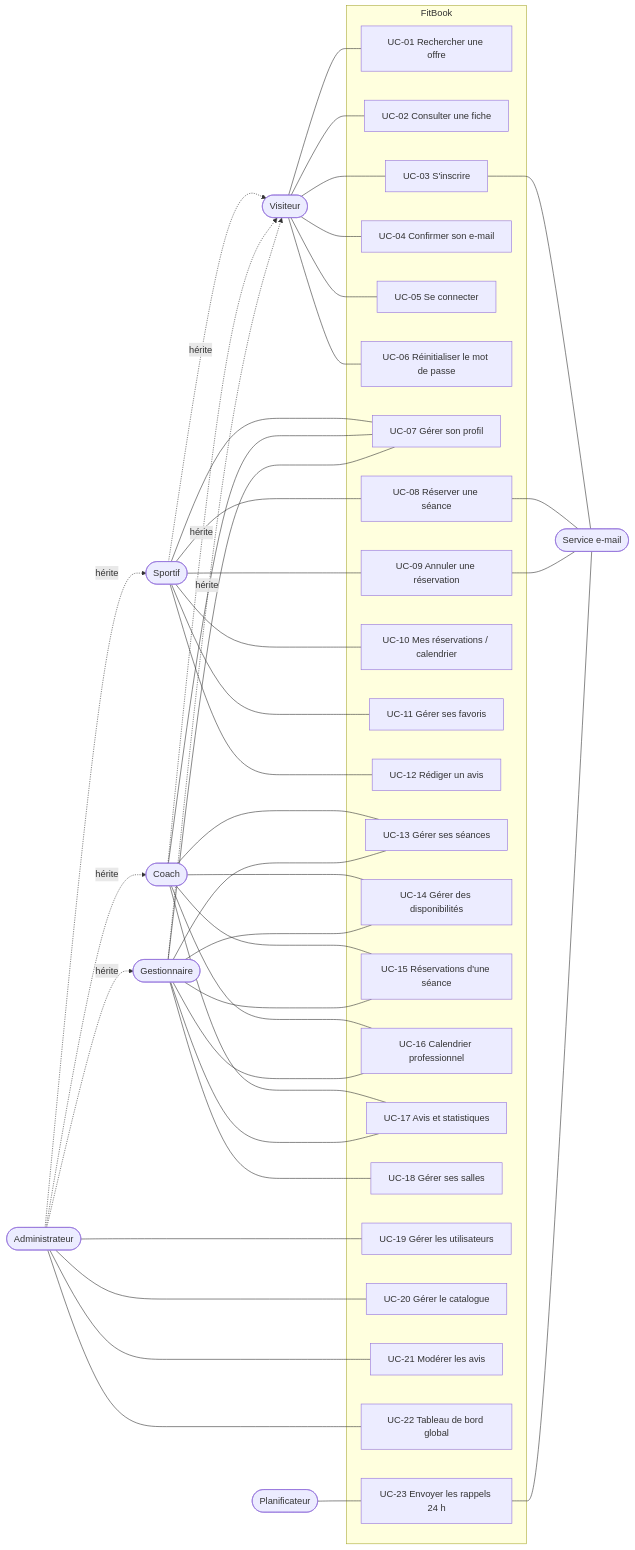
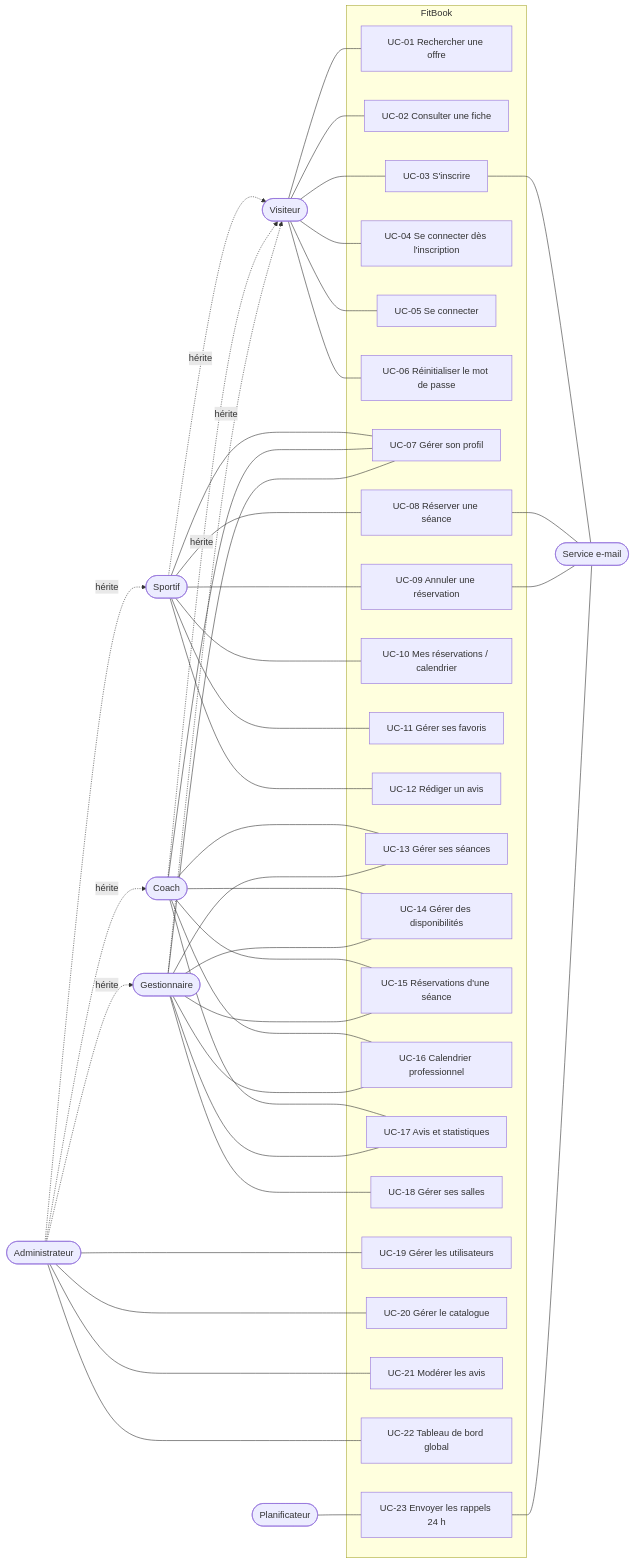
Before and after one commit to paulm-lab/FitBook: the diagram in docs/use-cases.md, drawn with Mermaid. The commit also changed other lines of this file and 8 other files, not shown here.

````diff
--- a/docs/use-cases.md
+++ b/docs/use-cases.md
@@ -63,50 +63,50 @@
 ```mermaid
 flowchart LR
     V([Visiteur])
     S([Sportif])
     C([Coach])
     G([Gestionnaire])
     A([Administrateur])
     M([Service e-mail])
     P([Planificateur])
 
     subgraph FitBook
         UC01[UC-01 Rechercher une offre]
         UC02[UC-02 Consulter une fiche]
         UC03[UC-03 S'inscrire]
-        UC04[UC-04 Confirmer son e-mail]
+        UC04[UC-04 Se connecter dès l'inscription]
         UC05[UC-05 Se connecter]
         UC06[UC-06 Réinitialiser le mot de passe]
         UC07[UC-07 Gérer son profil]
         UC08[UC-08 Réserver une séance]
         UC09[UC-09 Annuler une réservation]
         UC10[UC-10 Mes réservations / calendrier]
         UC11[UC-11 Gérer ses favoris]
         UC12[UC-12 Rédiger un avis]
         UC13[UC-13 Gérer ses séances]
         UC14[UC-14 Gérer des disponibilités]
         UC15[UC-15 Réservations d'une séance]
         UC16[UC-16 Calendrier professionnel]
         UC17[UC-17 Avis et statistiques]
         UC18[UC-18 Gérer ses salles]
         UC19[UC-19 Gérer les utilisateurs]
         UC20[UC-20 Gérer le catalogue]
         UC21[UC-21 Modérer les avis]
         UC22[UC-22 Tableau de bord global]
         UC23[UC-23 Envoyer les rappels 24 h]
     end
 
     V --- UC01 & UC02 & UC03 & UC04 & UC05 & UC06
     S --- UC07 & UC08 & UC09 & UC10 & UC11 & UC12
     C --- UC07 & UC13 & UC14 & UC15 & UC16 & UC17
     G --- UC07 & UC13 & UC14 & UC15 & UC16 & UC17 & UC18
     A --- UC19 & UC20 & UC21 & UC22
     P --- UC23
 
     S -. hérite .-> V
     C -. hérite .-> V
     G -. hérite .-> V
     A -. hérite .-> S & C & G
 
     UC03 & UC08 & UC09 & UC23 --- M
 ```
````
